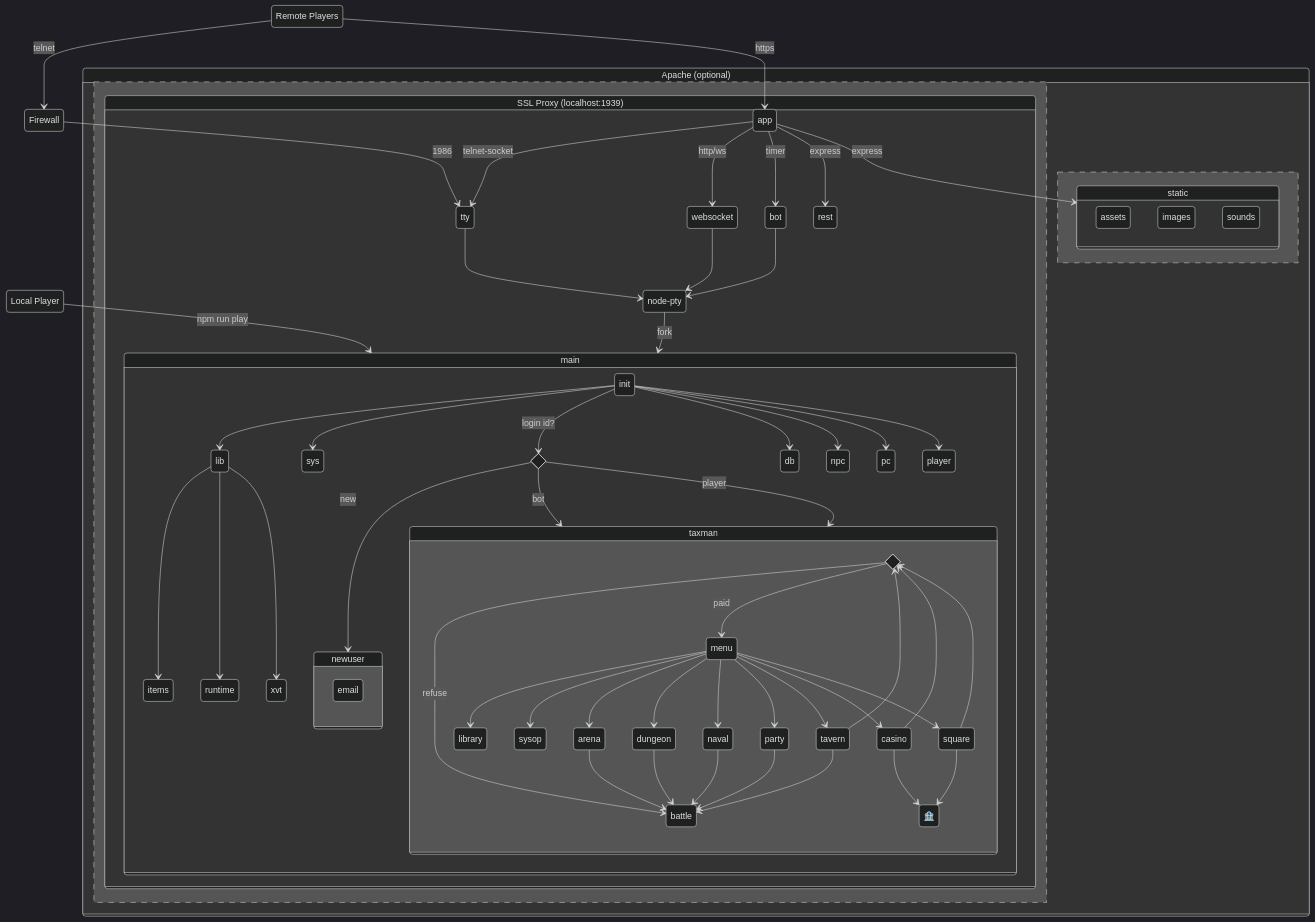
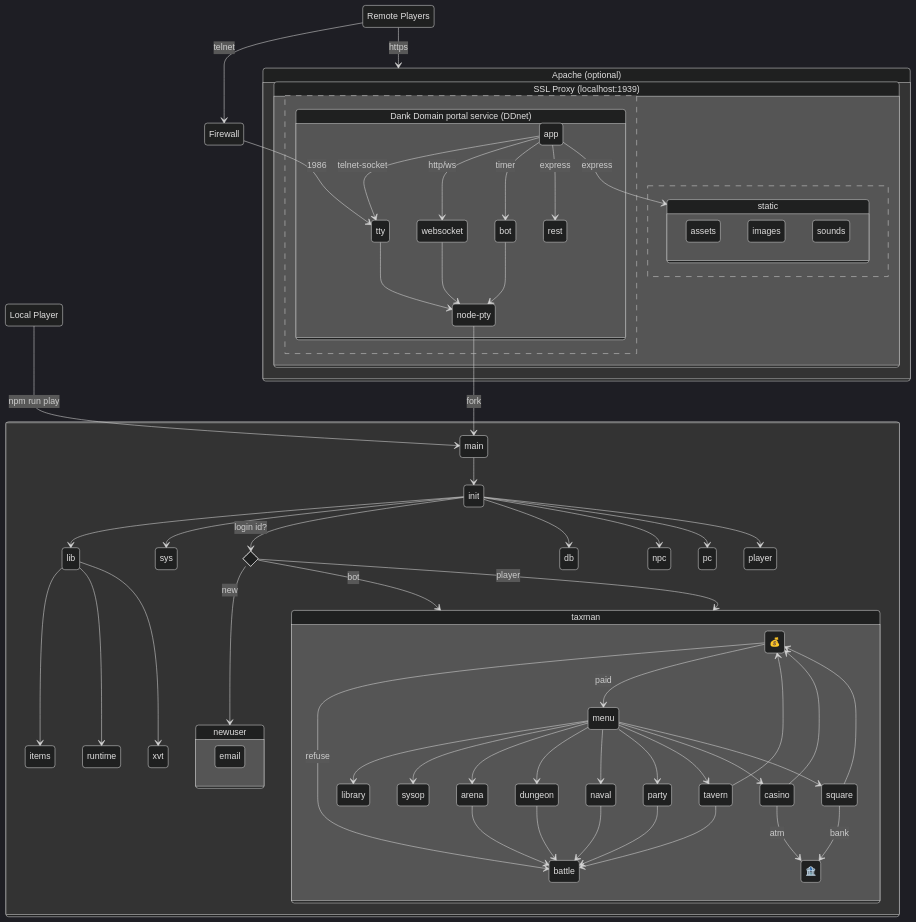
The diagram in README.md (theflyingape/dankdomain), drawn with Mermaid before and after one commit.

Commit message:
mermaid corrections

````diff
--- a/README.md
+++ b/README.md
@@ -29,76 +29,79 @@
 ```mermaid
 %%{init: {'theme':'dark'}}%%
 stateDiagram-v2
   direction TB
   Local : Local Player
   Local --> main : npm run play
   Remote : Remote Players
   Remote --> Firewall : telnet
-  Remote --> app : https
+  Remote --> Apache : https
   Firewall --> tty : 1986
   state "Apache (optional)" as Apache {
     state "SSL Proxy (localhost:1939)" as proxy {
-      app --> tty : telnet-socket
-      app --> websocket : http/ws
-      app --> bot : timer
-      app --> rest : express
-      app --> static : express
-      fork: node-pty
-      tty --> fork
-      websocket --> fork
-      bot --> fork
-      fork --> main : fork
-    }
-    --
-    state static {
-      assets
-      images
-      sounds
+      state "Dank Domain portal service (DDnet)" as DDnet {
+        app --> tty : telnet-socket
+        app --> websocket : http/ws
+        app --> bot : timer
+        app --> rest : express
+        app --> static : express
+        fork: node-pty
+        tty --> fork
+        websocket --> fork
+        bot --> fork
+        fork --> main : fork
+      }
+      --
+      state static {
+        assets
+        images
+        sounds
+      }
     }
   }
 
-  state main {
+  state " " as DDgame {
+    main --> init
     state login <<choice>>
     init --> sys
     init --> lib
     init --> db
     init --> npc
     init --> pc
     init --> player
-    init --> login: login id?
+    init --> login : login id?
     lib --> items
     lib --> runtime
     lib --> xvt
     login --> newuser : new
-    login --> taxman: bot
-    login --> taxman: player
+    login --> taxman : bot
+    login --> taxman : player
     state newuser {
       email
     }
     state taxman {
-      state taxes <<choice>>
+      state "💰" as taxes
       taxes --> battle : refuse
       taxes --> menu : paid
       menu --> library
       menu --> sysop
       menu --> arena
       menu --> dungeon
       menu --> naval
       menu --> party
       menu --> tavern
       menu --> casino
       menu --> square
       arena --> battle
       dungeon --> battle
       naval --> battle
       party --> battle
       tavern --> battle
       casino --> taxes
       square --> taxes
       tavern --> taxes
       state "🏦" as bank
-      casino --> bank
-      square --> bank
+      casino --> bank : atm
+      square --> bank : bank
     }
   }
 ```
````
